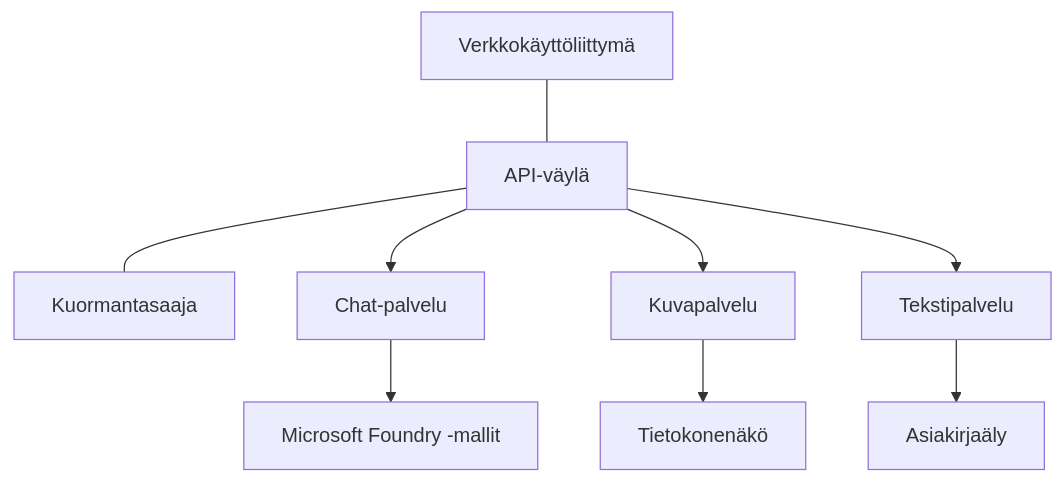
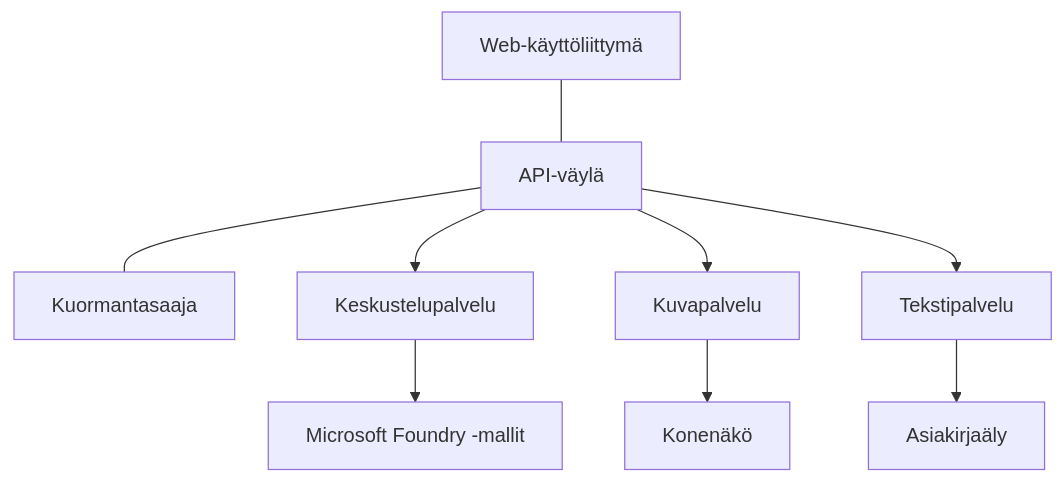
The diagram in translations/fi/docs/chapter-08-production/production-ai-practices.md (microsoft/AZD-for-beginners), drawn with Mermaid before and after one commit. The commit also changed other lines of this file and 101 other files, not shown here.

````diff
--- a/translations/fi/docs/chapter-08-production/production-ai-practices.md
+++ b/translations/fi/docs/chapter-08-production/production-ai-practices.md
@@ -30,10 +30,10 @@
 ```mermaid
 graph TD
-    Frontend[Verkkokäyttöliittymä] --- Gateway[API-väylä] --- LB[Kuormantasaaja]
-    Gateway --> Chat[Chat-palvelu]
+    Frontend[Web-käyttöliittymä] --- Gateway[API-väylä] --- LB[Kuormantasaaja]
+    Gateway --> Chat[Keskustelupalvelu]
     Gateway --> Image[Kuvapalvelu]
     Gateway --> Text[Tekstipalvelu]
     Chat --> OpenAI[Microsoft Foundry -mallit]
-    Image --> Vision[Tietokonenäkö]
+    Image --> Vision[Konenäkö]
     Text --> DocIntel[Asiakirjaäly]
 ```
````
